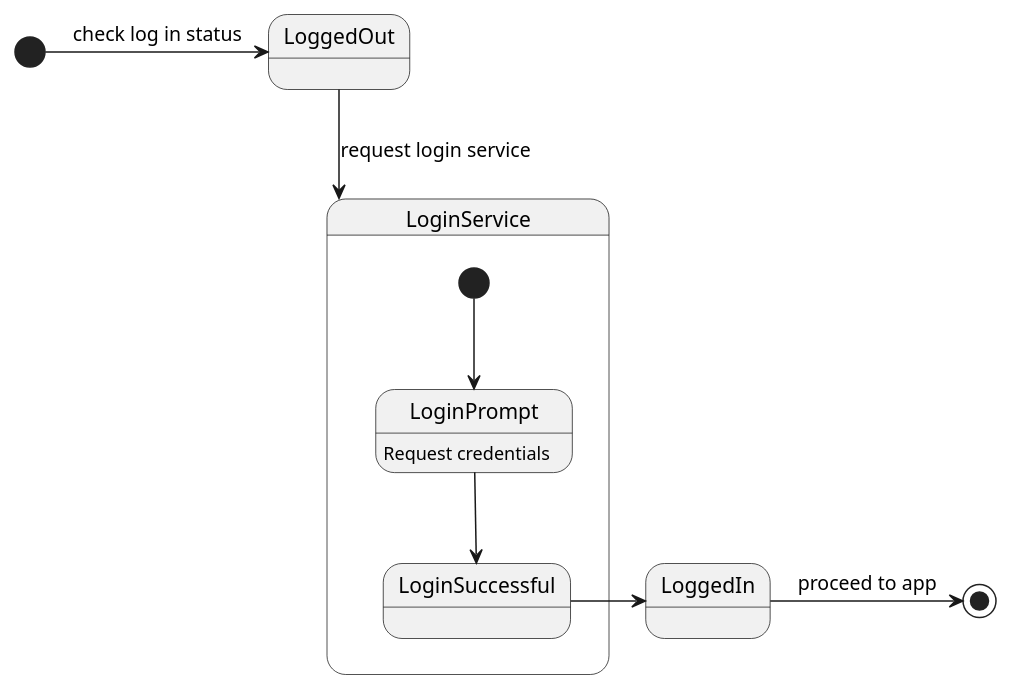
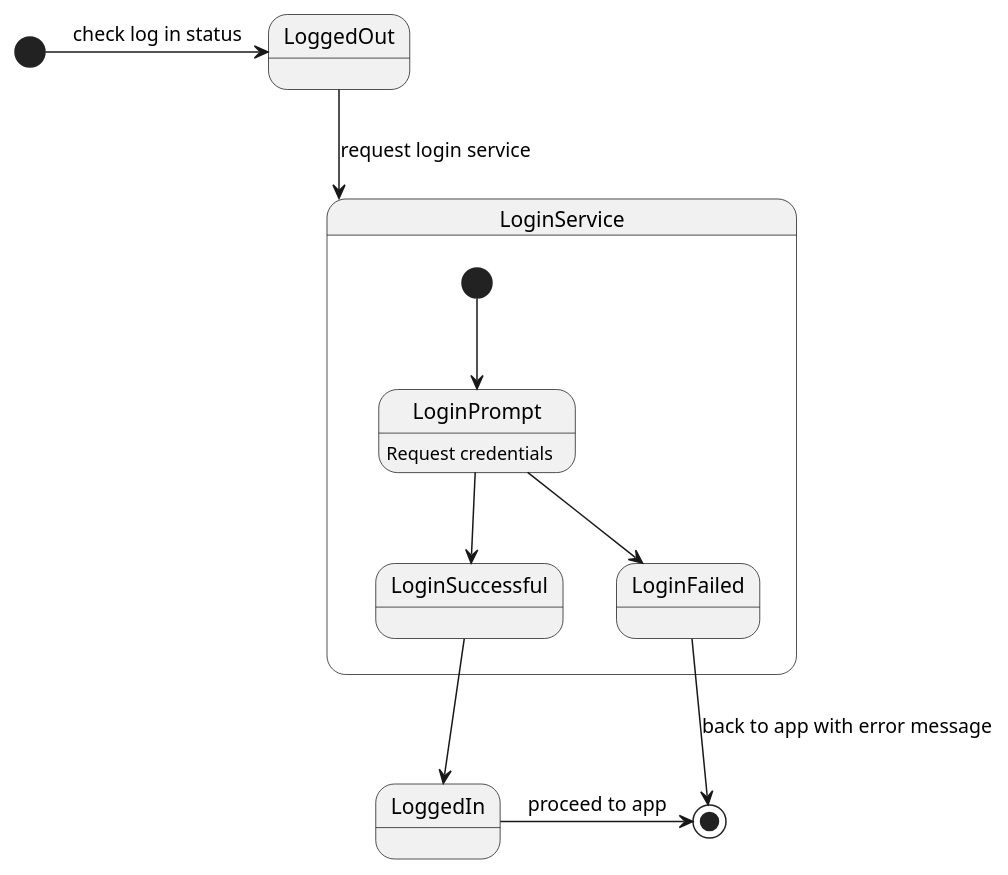
Before and after one commit to mborssatto/coyoject: the diagram in architecture/state.puml, drawn with PlantUML.

Commit message:
add failed login state to state diagram

```diff
--- a/architecture/state.puml
+++ b/architecture/state.puml
@@ -1,17 +1,19 @@
 @startuml
 
 [*] -> LoggedOut : check log in status
 LoggedOut --> LoginService : request login service
 
 
 state LoginService{
   LoginPrompt : Request credentials
   [*] --> LoginPrompt 
   LoginPrompt --> LoginSuccessful
+  LoginPrompt --> LoginFailed
 }
 
-  LoginSuccessful -> LoggedIn
+  LoginSuccessful --> LoggedIn
+  LoginFailed --> [*] : back to app with error message
 
 LoggedIn -> [*] : proceed to app
 
 @enduml
```
